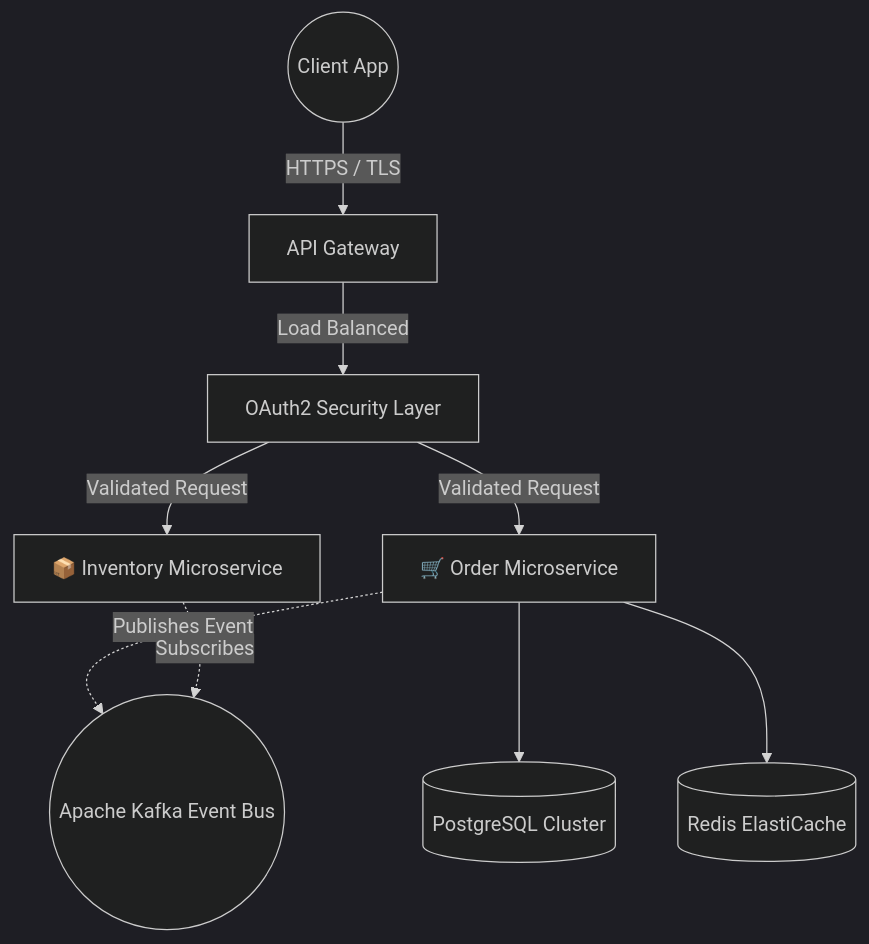
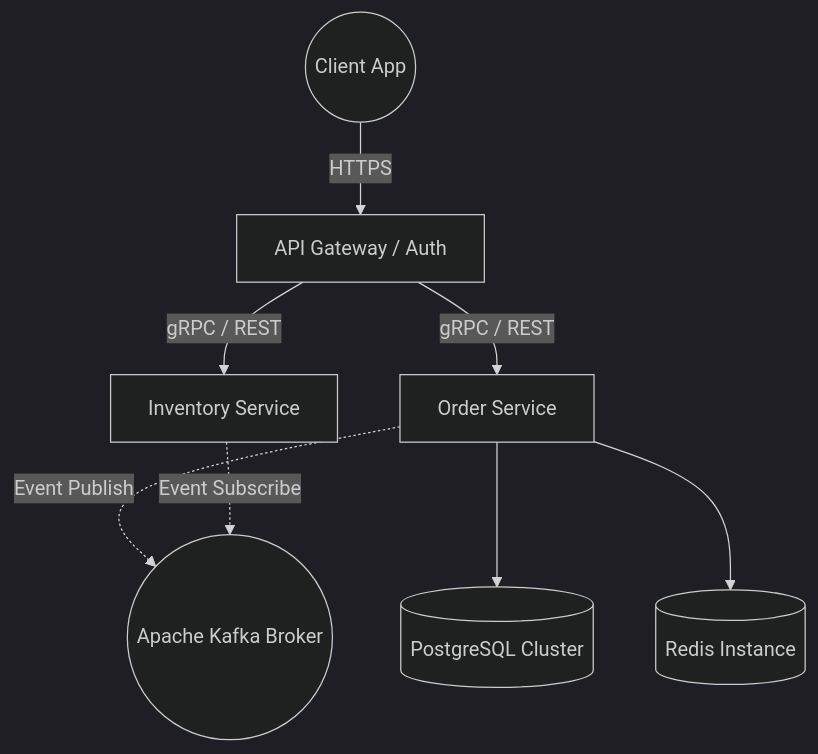
Before and after one commit to puspharaj-7/puspharaj-7: the diagram in README.md, drawn with Mermaid (dark theme). The commit also changed other lines of this file, not shown here.

````diff
--- a/README.md
+++ b/README.md
@@ -55,13 +73,12 @@
 ```mermaid
 graph TD;
-    Client((Client App))-->|HTTPS / TLS| Gateway[API Gateway]
-    Gateway-->|Load Balanced| Auth[OAuth2 Security Layer]
-    Auth-->|Validated Request| OrderService[🛒 Order Microservice]
-    Auth-->|Validated Request| InventoryService[📦 Inventory Microservice]
+    Client((Client App))-->|HTTPS| Gateway[API Gateway / Auth]
+    Gateway-->|gRPC / REST| Order[Order Service]
+    Gateway-->|gRPC / REST| Inventory[Inventory Service]
     
-    OrderService-.->|Publishes Event| Kafka((Apache Kafka Event Bus))
-    InventoryService-.->|Subscribes| Kafka
+    Order-.->|Event Publish| Kafka((Apache Kafka Broker))
+    Inventory-.->|Event Subscribe| Kafka
     
-    OrderService-->DB1[(PostgreSQL Cluster)]
-    OrderService-->Cache[(Redis ElastiCache)]
+    Order-->DB1[(PostgreSQL Cluster)]
+    Order-->Cache[(Redis Instance)]
 ```
````
